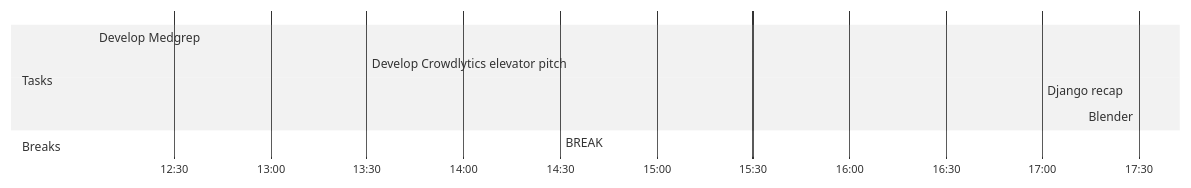
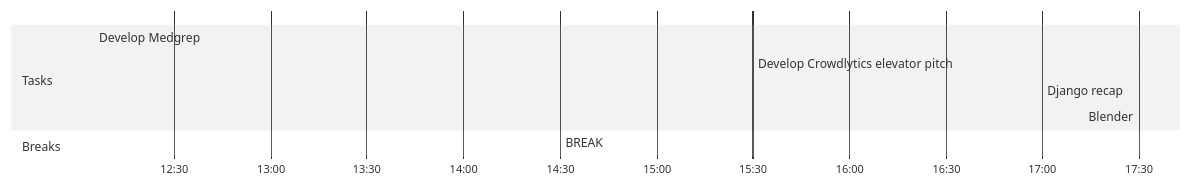
The diagram in KnowledgeBase/Day Planners/Day Planner-20220131.md (jjgumucio/KnowledgeBase), drawn with Mermaid (neutral theme) before and after one commit. The commit also changed other lines of this file, not shown here.

Commit message:
vault backup: 31-01-2022 14:28:26

````diff
--- a/KnowledgeBase/Day Planners/Day Planner-20220131.md
+++ b/KnowledgeBase/Day Planners/Day Planner-20220131.md
@@ -2,13 +2,13 @@
 ```mermaid
 gantt
     dateFormat  HH-mm
     axisFormat %H:%M
-    %% Current Time: 2:09:15 PM
+    %% Current Time: 2:28:24 PM
     section Tasks
-    Develop Medgrep     :12-05, 85mm
-    Develop Crowdlytics elevator pitch     :13-30, 60mm
+    Develop Medgrep     :12-05, 145mm
+    Develop Crowdlytics elevator pitch     :15-30, 90mm
     Django recap     :17-00, 30mm
     Blender     :17-30, 0mm
     section Breaks
-    BREAK     :14-30, 150mm
+    BREAK     :14-30, 60mm
 ```
````
